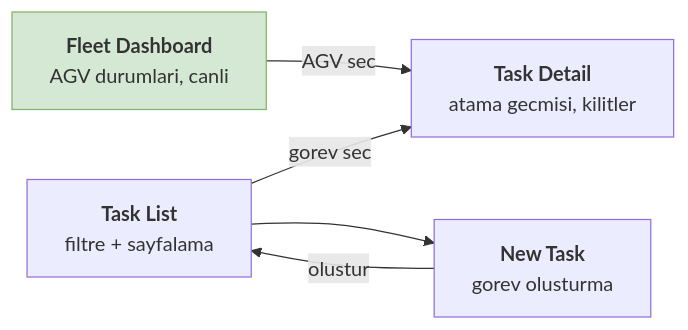
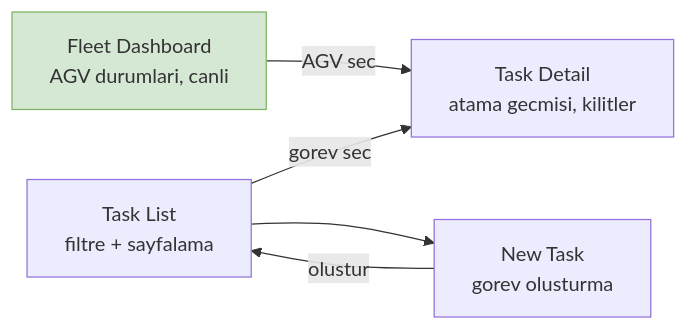
Before and after one commit to SenaKocaslan/fleetops: the ninth of 9 diagrams in docs/02-functional-analysis.md, drawn with Mermaid. The commit also changed other lines of this file and 1 other file, not shown here.

````diff
--- a/docs/02-functional-analysis.md
+++ b/docs/02-functional-analysis.md
@@ -383,14 +375,14 @@
 ```mermaid
 flowchart LR
-    D["<b>Fleet Dashboard</b><br/>AGV durumlari, canli"]
-    TL["<b>Task List</b><br/>filtre + sayfalama"]
-    TD["<b>Task Detail</b><br/>atama gecmisi, kilitler"]
-    NT["<b>New Task</b><br/>gorev olusturma"]
+    D["Fleet Dashboard<br/>AGV durumlari, canli"]
+    TL["Task List<br/>filtre + sayfalama"]
+    TD["Task Detail<br/>atama gecmisi, kilitler"]
+    NT["New Task<br/>gorev olusturma"]
 
     D -->|"AGV sec"| TD
     TL -->|"gorev sec"| TD
     TL --> NT
     NT -->|"olustur"| TL
 
     style D fill:#d5e8d4,stroke:#82b366
 ```
````
